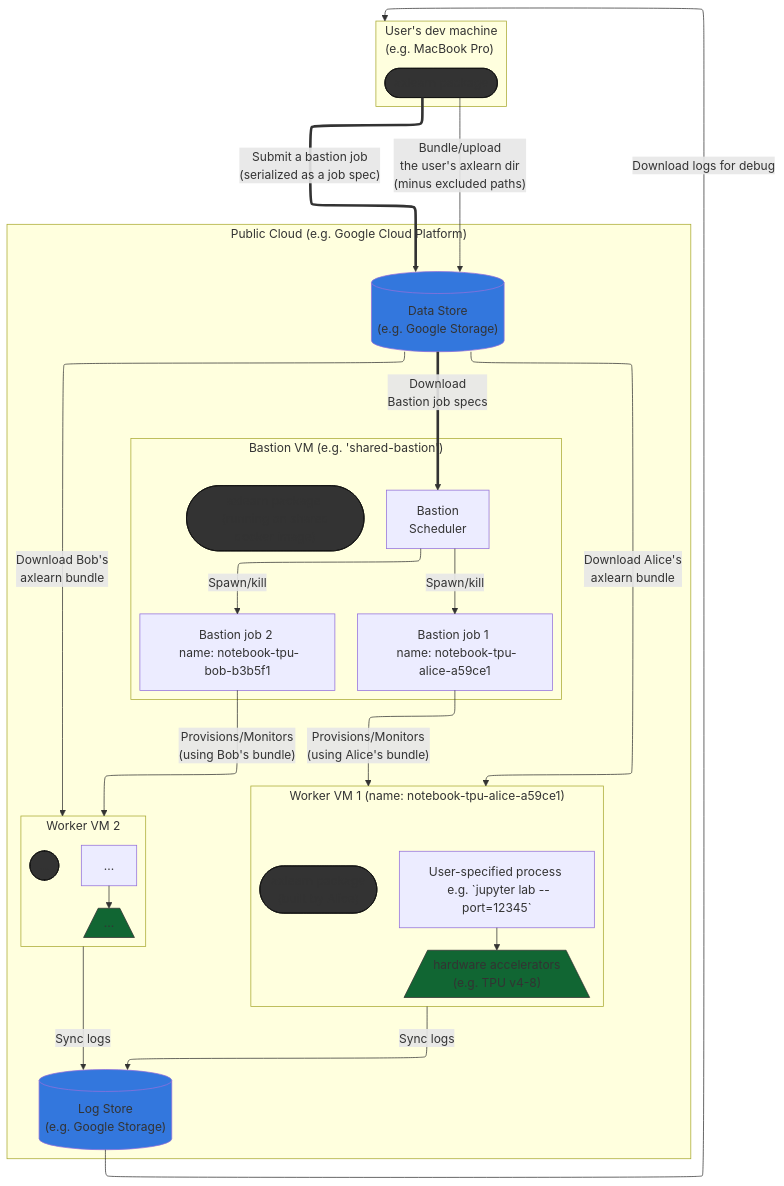
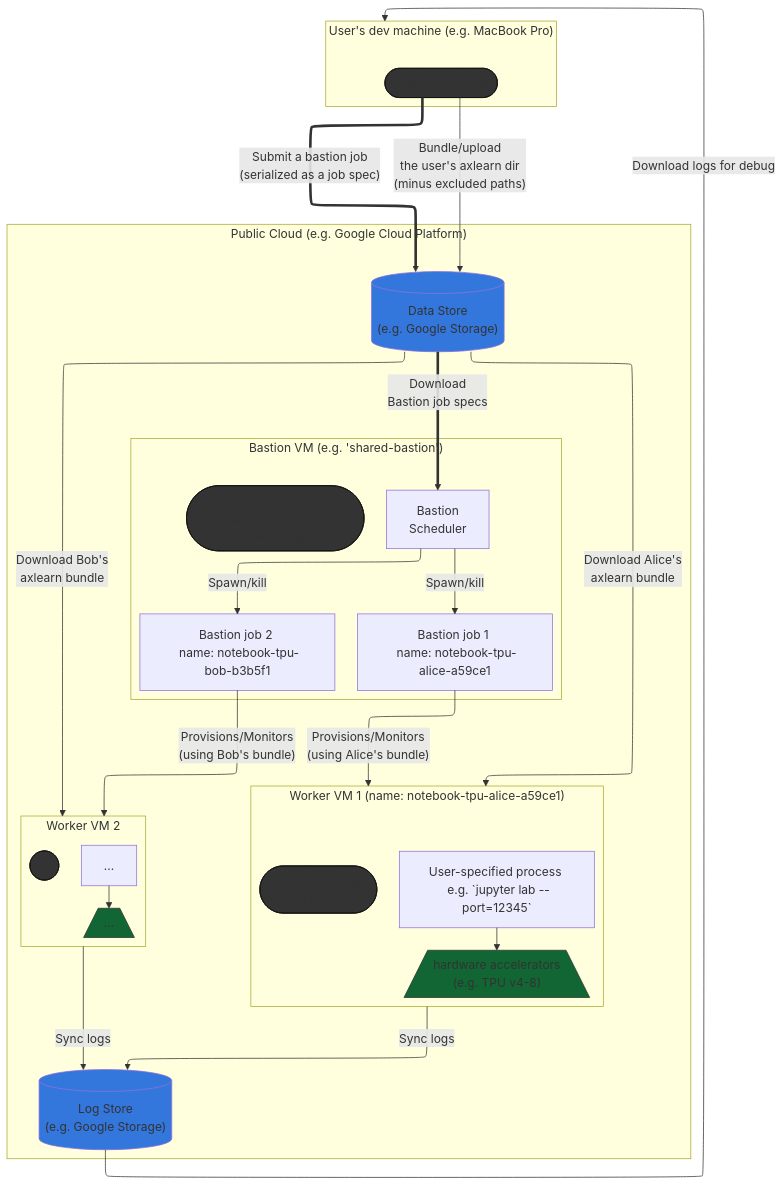
The diagram in docs/bastion.md (apple/axlearn), drawn with Mermaid before and after one commit.

Commit message:
newline fix

````diff
--- a/docs/bastion.md
+++ b/docs/bastion.md
@@ -4,68 +4,68 @@
 ```mermaid
 %% elk seems to be more maintained, see: https://github.com/mermaid-js/mermaid/issues/1969
 %% N.B. elk doesn't stop rendering invisible edge operator, i.e. ~~~
 %%{init: {"flowchart": {"defaultRenderer": "elk"}} }%%
 
 flowchart TB
 
-    subgraph UserMachine ["User's dev machine \n (e.g. MacBook Pro)"]
+    subgraph UserMachine ["User's dev machine (e.g. MacBook Pro)"]
         localAXLearnPackage(["axlearn package"]):::fileCSS
     end
 
     localAXLearnPackage --"
         Bundle/upload
         the user's axlearn dir
         (minus excluded paths)"--> bastionPrimaryStore
 
     localAXLearnPackage =="
         Submit a bastion job
         (serialized as a job spec)"==> bastionPrimaryStore
 
     subgraph PublicCloud ["Public Cloud (e.g. Google Cloud Platform)"]
 
         subgraph BastionVM_shared ["Bastion VM (e.g. 'shared-bastion')"]
             bastionScheduler_1["Bastion \n Scheduler"]
             bastionVmAXLearnPackage(["axlearn package \n (running on shared docker image)"]):::fileCSS
             bastionJob_1["Bastion job 1 \n name: notebook-tpu-alice-a59ce1"]
             bastionJob_2["Bastion job 2 \n name: notebook-tpu-bob-b3b5f1"]
 
             bastionScheduler_1 --"Spawn/kill"--> bastionJob_1 & bastionJob_2
         end
 
         bastionPrimaryStore[("Data Store \n (e.g. Google Storage)")]:::storeCSS
         bastionPrimaryStore =="Download \n Bastion job specs"==>  bastionScheduler_1
 
         bastionPrimaryStore --"Download Alice's \n axlearn bundle"--> WorkerVM_1
         bastionPrimaryStore --"Download Bob's \n axlearn bundle"--> WorkerVM_2
         bastionJob_1 --"Provisions/Monitors \n (using Alice's bundle)"--> WorkerVM_1
         bastionJob_2 --"Provisions/Monitors \n (using Bob's bundle)"--> WorkerVM_2
 
         subgraph WorkerVM_1 ["Worker VM 1 (name: notebook-tpu-alice-a59ce1)"]
             workerProcess_1["User-specified process \n e.g. `jupyter lab --port=12345`"]
             accelerator_1[/"hardware accelerators \n (e.g. TPU v4-8)"\]:::chipCSS
             bastionWorkerAXLearnPackage_1(["axlearn package \n (built by Alice)"]):::fileCSS
 
             workerProcess_1 --> accelerator_1
         end
 
         subgraph WorkerVM_2 ["Worker VM 2"]
             workerProcess_2["..."]
             accelerator_2[/"..."\]:::chipCSS
             bastionWorkerAXLearnPackage_2(["..."]):::fileCSS
 
             workerProcess_2 --> accelerator_2
         end
 
         bastionLogStore[("Log Store \n (e.g. Google Storage)")]:::storeCSS
         WorkerVM_1 & WorkerVM_2 --"Sync logs"--> bastionLogStore
 
     end
 
     bastionLogStore--"Download logs for debug"-->UserMachine
 
     %% Public Github doesn't apply CSS, but keeping these enables other environments
     %% (e.g. editor previews such as in VS Code) to use more colors
     classDef chipCSS stroke:#333,fill:#163
     classDef fileCSS stroke:#111,fill:#333
     classDef storeCSS fill:#37d
 ```
````
